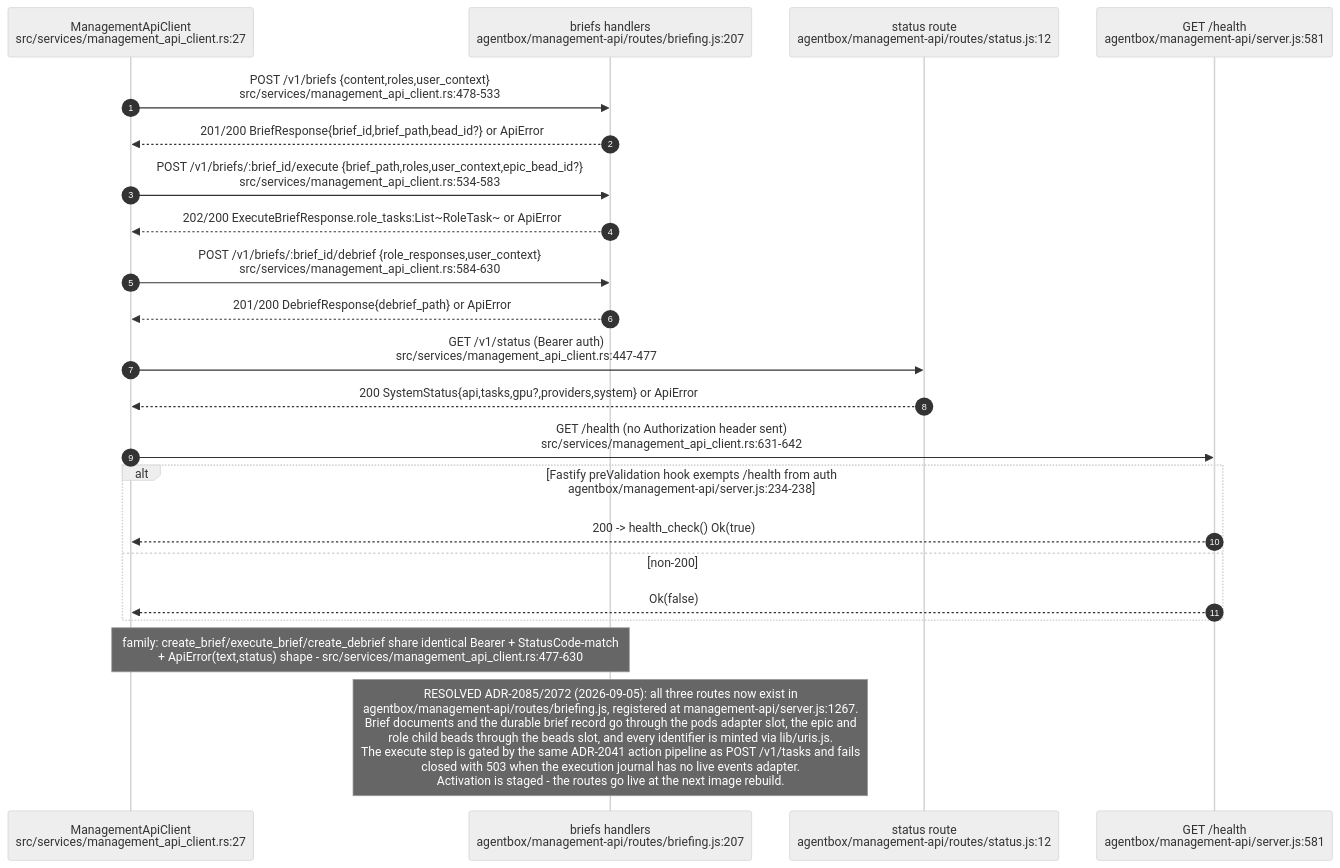
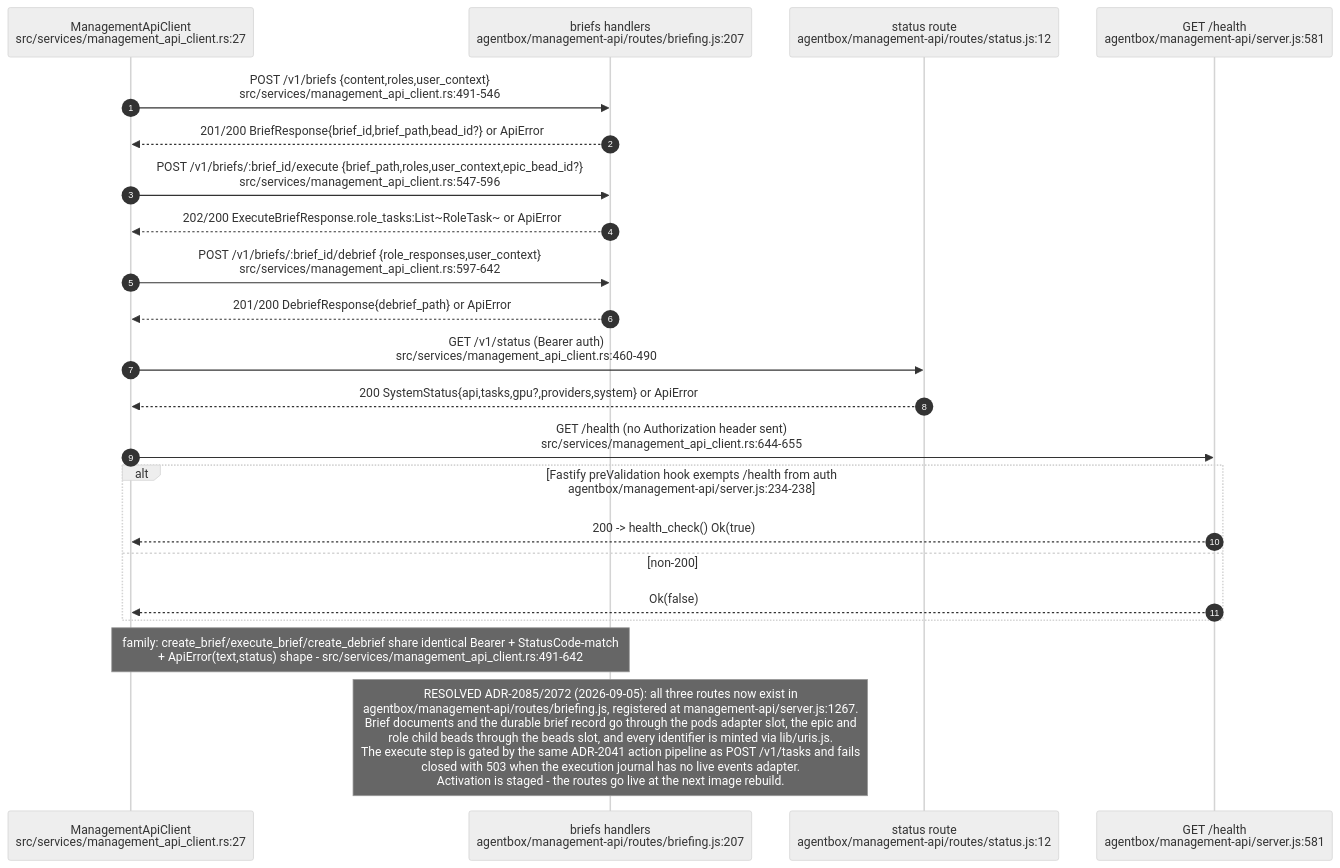
One commit to DreamLab-AI/VisionFlow changed diagram 11 of 12 in docs/diagrams/estate/02-agent-events-agentbox-to-visionclaw.md. Above: the diagram before and after it, drawn with Mermaid (neutral theme). The commit also changed other lines of this file and 8 other files, not shown here.

Commit message:
docs(diagrams): multi-MCP discovery is real; re-stamp visionclaw 01/03/05/09/27 and estate/02

````diff
--- a/docs/diagrams/estate/02-agent-events-agentbox-to-visionclaw.md
+++ b/docs/diagrams/estate/02-agent-events-agentbox-to-visionclaw.md
@@ -470,25 +477,25 @@
 ```mermaid
 sequenceDiagram
     autonumber
     participant VC as ManagementApiClient<br/>src/services/management_api_client.rs:27
     participant BRF as briefs handlers<br/>agentbox/management-api/routes/briefing.js:207
     participant STA as status route<br/>agentbox/management-api/routes/status.js:12
     participant HLT as GET /health<br/>agentbox/management-api/server.js:581
 
-    VC->>BRF: POST /v1/briefs {content,roles,user_context}<br/>src/services/management_api_client.rs:478-533
+    VC->>BRF: POST /v1/briefs {content,roles,user_context}<br/>src/services/management_api_client.rs:491-546
     BRF-->>VC: 201/200 BriefResponse{brief_id,brief_path,bead_id?} or ApiError
-    VC->>BRF: POST /v1/briefs/:brief_id/execute {brief_path,roles,user_context,epic_bead_id?}<br/>src/services/management_api_client.rs:534-583
+    VC->>BRF: POST /v1/briefs/:brief_id/execute {brief_path,roles,user_context,epic_bead_id?}<br/>src/services/management_api_client.rs:547-596
     BRF-->>VC: 202/200 ExecuteBriefResponse.role_tasks:List~RoleTask~ or ApiError
-    VC->>BRF: POST /v1/briefs/:brief_id/debrief {role_responses,user_context}<br/>src/services/management_api_client.rs:584-630
+    VC->>BRF: POST /v1/briefs/:brief_id/debrief {role_responses,user_context}<br/>src/services/management_api_client.rs:597-642
     BRF-->>VC: 201/200 DebriefResponse{debrief_path} or ApiError
-    VC->>STA: GET /v1/status (Bearer auth)<br/>src/services/management_api_client.rs:447-477
+    VC->>STA: GET /v1/status (Bearer auth)<br/>src/services/management_api_client.rs:460-490
     STA-->>VC: 200 SystemStatus{api,tasks,gpu?,providers,system} or ApiError
-    VC->>HLT: GET /health (no Authorization header sent)<br/>src/services/management_api_client.rs:631-642
+    VC->>HLT: GET /health (no Authorization header sent)<br/>src/services/management_api_client.rs:644-655
     alt Fastify preValidation hook exempts /health from auth<br/>agentbox/management-api/server.js:234-238
         HLT-->>VC: 200 -> health_check() Ok(true)
     else non-200
         HLT-->>VC: Ok(false)
     end
-    Note over VC,BRF: family: create_brief/execute_brief/create_debrief share identical Bearer + StatusCode-match<br/>+ ApiError(text,status) shape - src/services/management_api_client.rs:477-630
+    Note over VC,BRF: family: create_brief/execute_brief/create_debrief share identical Bearer + StatusCode-match<br/>+ ApiError(text,status) shape - src/services/management_api_client.rs:491-642
     Note over BRF: RESOLVED ADR-2085/2072 (2026-09-05): all three routes now exist in<br/>agentbox/management-api/routes/briefing.js, registered at management-api/server.js:1267.<br/>Brief documents and the durable brief record go through the pods adapter slot, the epic and<br/>role child beads through the beads slot, and every identifier is minted via lib/uris.js.<br/>The execute step is gated by the same ADR-2041 action pipeline as POST /v1/tasks and fails<br/>closed with 503 when the execution journal has no live events adapter.<br/>Activation is staged - the routes go live at the next image rebuild.
 ```
````
